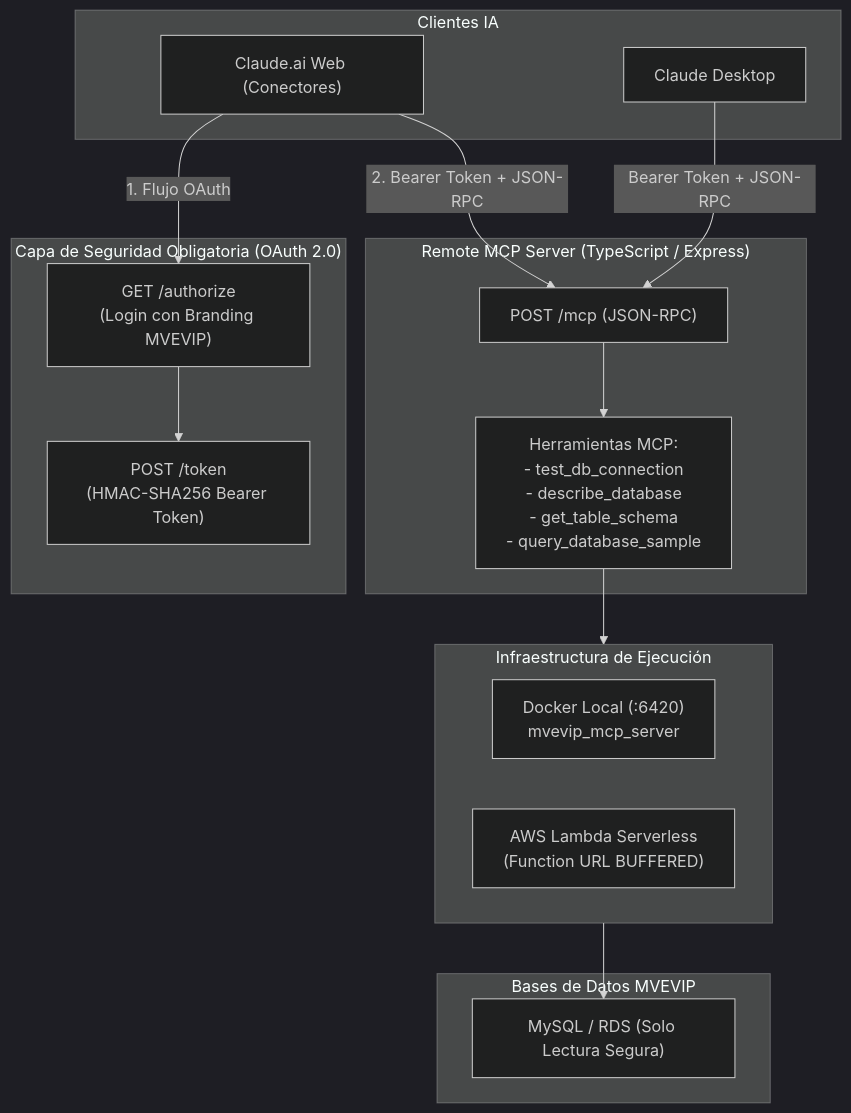
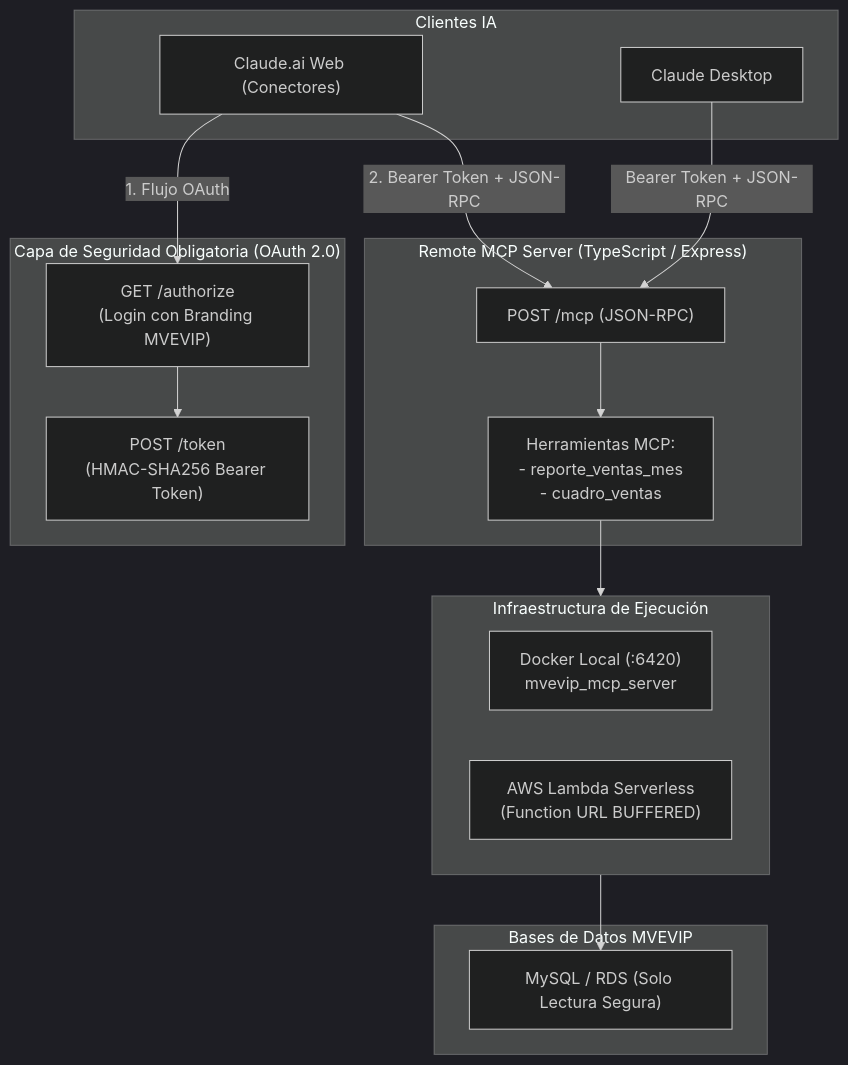
Before and after one commit to mvevip/mvevip-mcp: the diagram in MEMORIA.md, drawn with Mermaid (dark theme). The commit also changed other lines of this file and 9 other files, not shown here.

First line of the commit message:
refactor(mcp): dejar solo reporte_ventas_mes y cuadro_ventas

````diff
--- a/MEMORIA.md
+++ b/MEMORIA.md
@@ -16,34 +16,34 @@
 ```mermaid
 flowchart TD
     subgraph Cliente ["Clientes IA"]
         ClaudeWeb["Claude.ai Web (Conectores)"]
         ClaudeDesktop["Claude Desktop"]
     end
 
     subgraph AuthGate ["Capa de Seguridad Obligatoria (OAuth 2.0)"]
         LoginView["GET /authorize\n(Login con Branding MVEVIP)"]
         TokenMgr["POST /token\n(HMAC-SHA256 Bearer Token)"]
     end
 
     subgraph Server ["Remote MCP Server (TypeScript / Express)"]
         Endpoint["POST /mcp (JSON-RPC)"]
-        Tools["Herramientas MCP:\n- test_db_connection\n- describe_database\n- get_table_schema\n- query_database_sample"]
+        Tools["Herramientas MCP:\n- reporte_ventas_mes\n- cuadro_ventas"]
     end
 
     subgraph Infra ["Infraestructura de Ejecución"]
         DockerLocal["Docker Local (:6420)\nmvevip_mcp_server"]
         LambdaAWS["AWS Lambda Serverless\n(Function URL BUFFERED)"]
     end
 
     subgraph DB ["Bases de Datos MVEVIP"]
         MySQL["MySQL / RDS (Solo Lectura Segura)"]
     end
 
     ClaudeWeb -->|1. Flujo OAuth| LoginView
     LoginView --> TokenMgr
     ClaudeWeb -->|2. Bearer Token + JSON-RPC| Endpoint
     ClaudeDesktop -->|Bearer Token + JSON-RPC| Endpoint
     Endpoint --> Tools
     Tools --> Infra
     Infra --> MySQL
 ```
````
